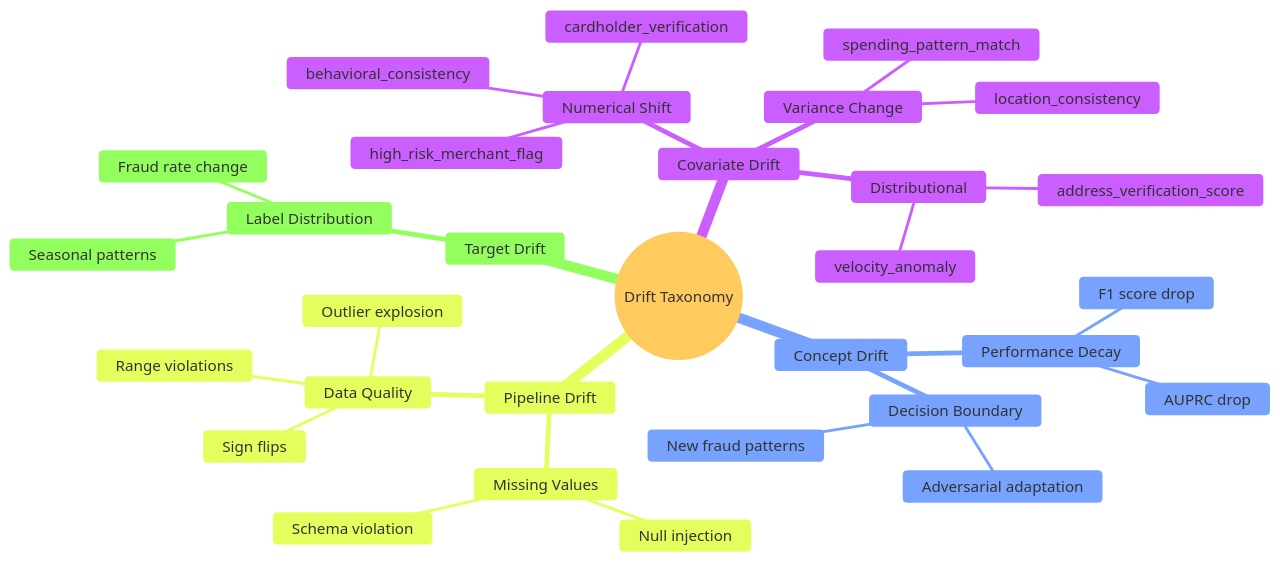
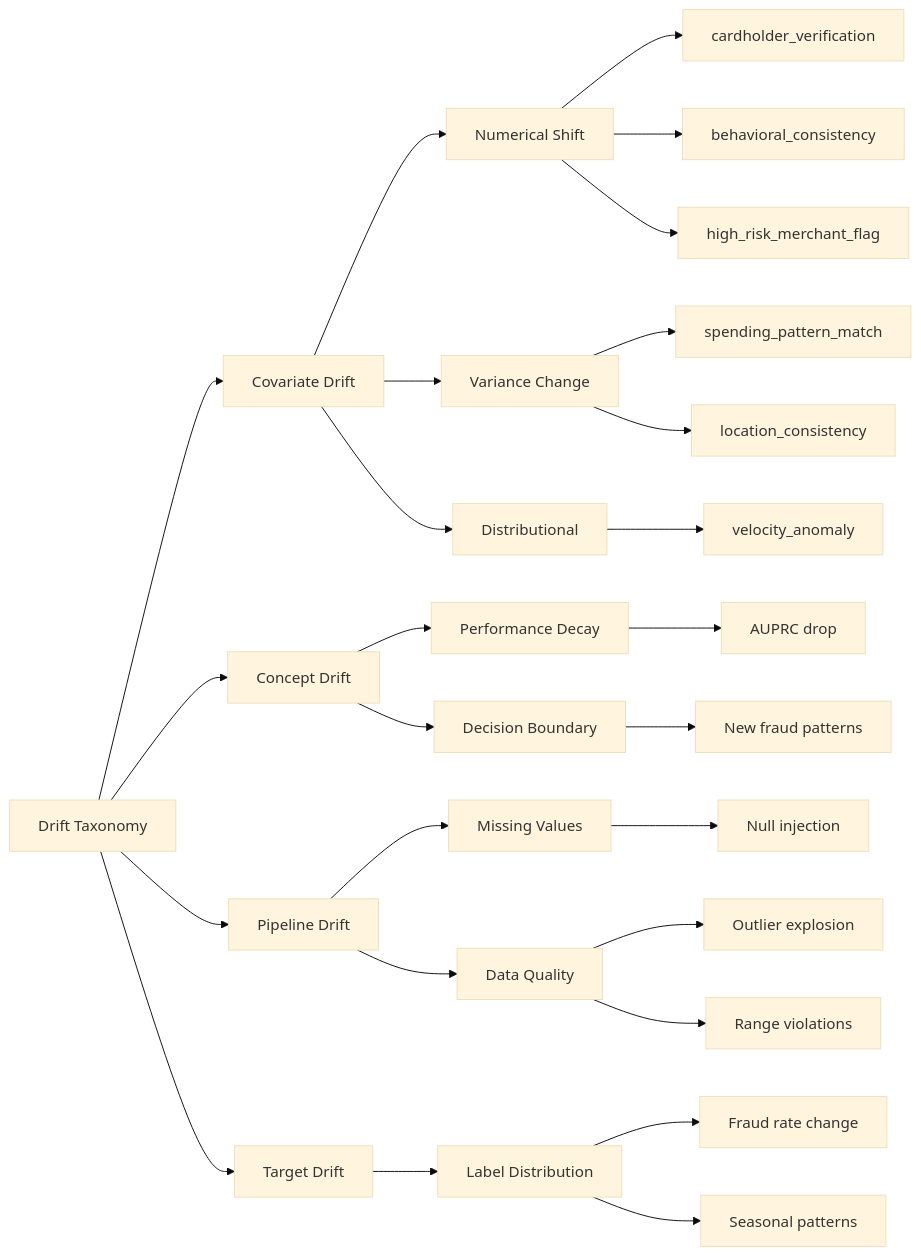
The sixth of 7 diagrams in README.md (sheriff786/drift-taxonomy-engine), drawn with Mermaid (base theme) before and after one commit. The commit also changed other lines of this file and 1 other file, not shown here.

````diff
--- a/README.md
+++ b/README.md
@@ -261,34 +220,32 @@
 ```mermaid
-mindmap
-  root((Drift Taxonomy))
-    Covariate Drift
-      Numerical Shift
-        cardholder_verification
-        behavioral_consistency
-        high_risk_merchant_flag
-      Variance Change
-        spending_pattern_match
-        location_consistency
-      Distributional
-        velocity_anomaly
-        address_verification_score
-    Concept Drift
-      Performance Decay
-        AUPRC drop
-        F1 score drop
-      Decision Boundary
-        New fraud patterns
-        Adversarial adaptation
-    Pipeline Drift
-      Missing Values
-        Null injection
-        Schema violation
-      Data Quality
-        Outlier explosion
-        Range violations
-        Sign flips
-    Target Drift
-      Label Distribution
-        Fraud rate change
-        Seasonal patterns
+graph LR
+    ROOT[Drift Taxonomy] --> COV[Covariate Drift]
+    ROOT --> CON[Concept Drift]
+    ROOT --> PIP[Pipeline Drift]
+    ROOT --> TAR[Target Drift]
+
+    COV --> COV1[Numerical Shift]
+    COV --> COV2[Variance Change]
+    COV --> COV3[Distributional]
+    COV1 --> F1[cardholder_verification]
+    COV1 --> F2[behavioral_consistency]
+    COV1 --> F3[high_risk_merchant_flag]
+    COV2 --> F4[spending_pattern_match]
+    COV2 --> F5[location_consistency]
+    COV3 --> F6[velocity_anomaly]
+
+    CON --> CON1[Performance Decay]
+    CON --> CON2[Decision Boundary]
+    CON1 --> C1[AUPRC drop]
+    CON2 --> C2[New fraud patterns]
+
+    PIP --> PIP1[Missing Values]
+    PIP --> PIP2[Data Quality]
+    PIP1 --> P1[Null injection]
+    PIP2 --> P2[Outlier explosion]
+    PIP2 --> P3[Range violations]
+
+    TAR --> TAR1[Label Distribution]
+    TAR1 --> T1[Fraud rate change]
+    TAR1 --> T2[Seasonal patterns]
 ```
````
